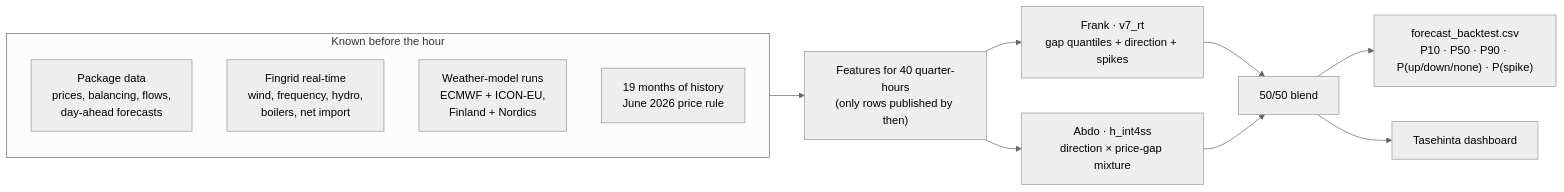
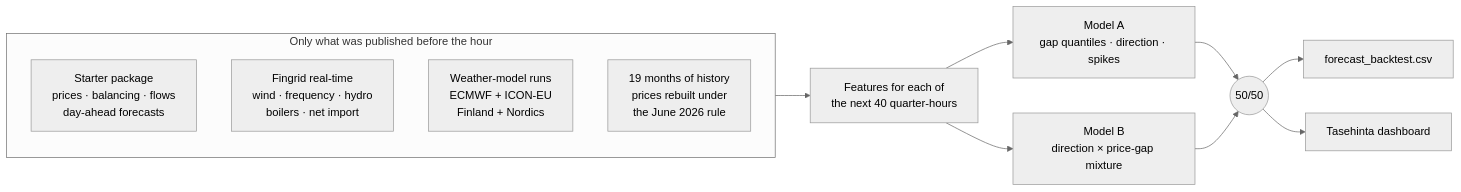
The diagram in README.md (Rdog69/turku-energy-since-ai), drawn with Mermaid (neutral theme) before and after one commit. The commit also changed other lines of this file and 4 other files, not shown here.

````diff
--- a/README.md
+++ b/README.md
@@ -67,16 +101,16 @@
 ```mermaid
 flowchart LR
-  subgraph IN["Known before the hour"]
-    A1["Package data<br/>prices, balancing, flows,<br/>day-ahead forecasts"]
-    A2["Fingrid real-time<br/>wind, frequency, hydro,<br/>boilers, net import"]
-    A3["Weather-model runs<br/>ECMWF + ICON-EU,<br/>Finland + Nordics"]
-    A4["19 months of history<br/>June 2026 price rule"]
+  subgraph IN["Only what was published before the hour"]
+    A1["Starter package<br/>prices · balancing · flows<br/>day-ahead forecasts"]
+    A2["Fingrid real-time<br/>wind · frequency · hydro<br/>boilers · net import"]
+    A3["Weather-model runs<br/>ECMWF + ICON-EU<br/>Finland + Nordics"]
+    A4["19 months of history<br/>prices rebuilt under<br/>the June 2026 rule"]
   end
-  IN --> F["Features for 40 quarter-hours<br/>(only rows published by then)"]
-  F --> M1["Frank · v7_rt<br/>gap quantiles + direction + spikes"]
-  F --> M2["Abdo · h_int4ss<br/>direction × price-gap mixture"]
-  M1 --> B["50/50 blend"]
+  IN --> F["Features for each of<br/>the next 40 quarter-hours"]
+  F --> M1["Model A<br/>gap quantiles · direction · spikes"]
+  F --> M2["Model B<br/>direction × price-gap mixture"]
+  M1 --> B(("50/50"))
   M2 --> B
-  B --> O1["forecast_backtest.csv<br/>P10 · P50 · P90 · P(up/down/none) · P(spike)"]
+  B --> O1["forecast_backtest.csv"]
   B --> O2["Tasehinta dashboard"]
 ```
````
